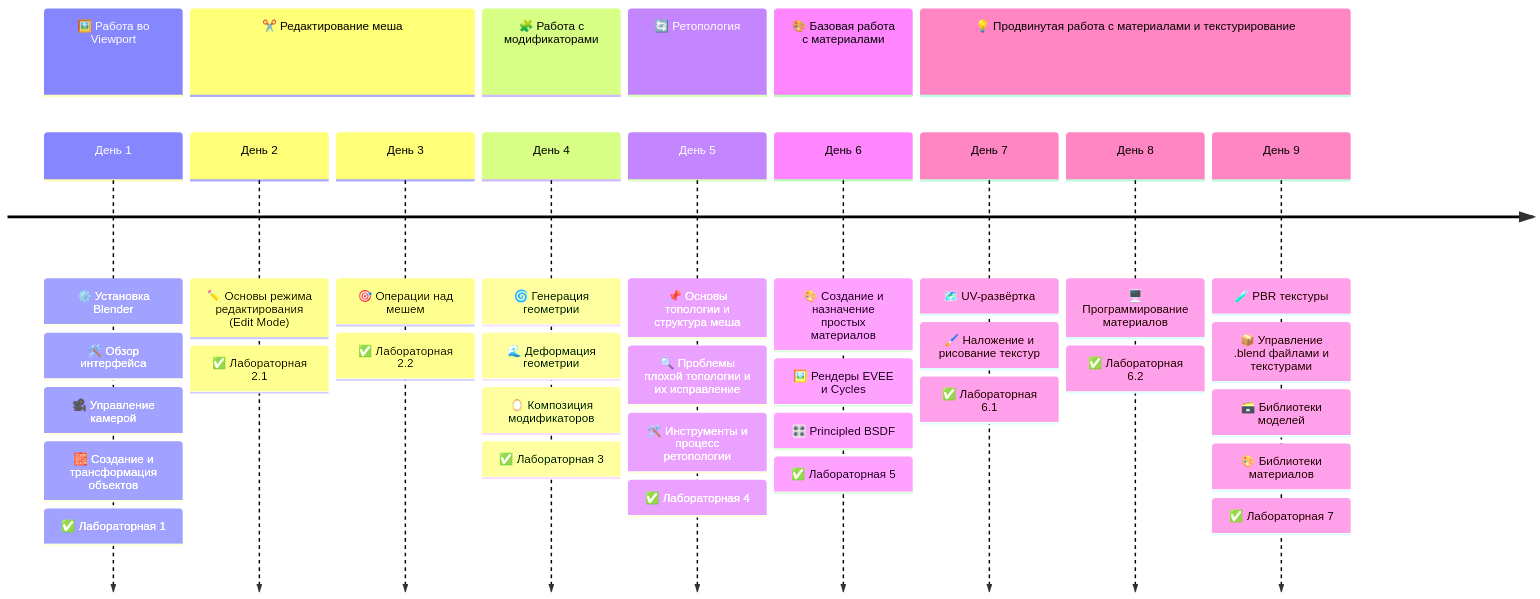
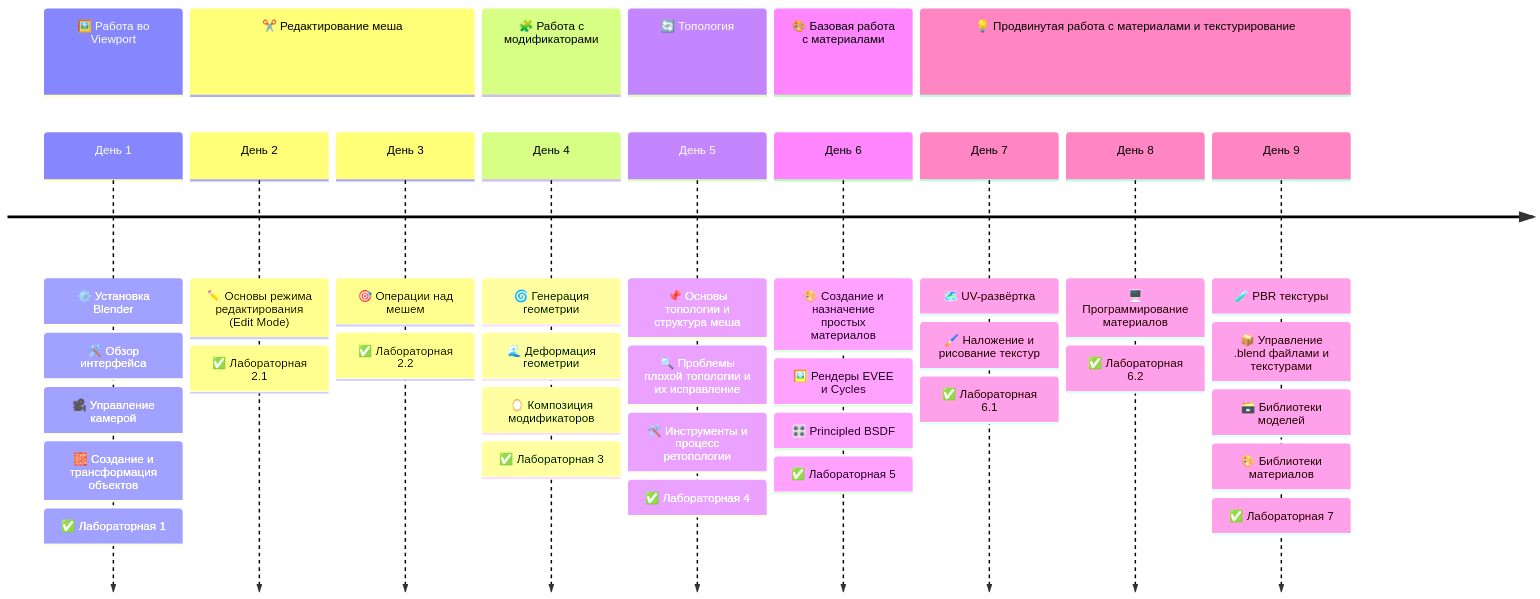
Before and after one commit to mvodya/3d-course-blender-2025: the first of 2 diagrams in README.md, drawn with Mermaid. The commit also changed other lines of this file and 4 other files, not shown here.

````diff
--- a/README.md
+++ b/README.md
@@ -75,45 +75,45 @@
 ```mermaid
 timeline
     section 🖼️ Работа во Viewport
         День 1 :
             ⚙️ Установка Blender : 🛠️ Обзор интерфейса : 🎥 Управление камерой : 🧱 Создание и трансформация объектов :
             ✅ Лабораторная 1
 
     section ✂️ Редактирование меша
         День 2 :
             ✏️ Основы режима редактирования (Edit Mode) :
             ✅ Лабораторная 2.1
         День 3 :
             🎯 Операции над мешем :
             ✅ Лабораторная 2.2
 
     section 🧩 Работа с модификаторами
         День 4 :
             🌀 Генерация геометрии :
             🌊 Деформация геометрии : 🪞 Композиция модификаторов :
             ✅ Лабораторная 3
 
-    section 🔄 Ретопология
+    section 🔄 Топология
         День 5 :
             📌 Основы топологии и структура меша :
             🔍 Проблемы плохой топологии и их исправление : 🛠️ Инструменты и процесс ретопологии :
             ✅ Лабораторная 4
 
     section 🎨 Базовая работа с материалами
         День 6 :
             🎨 Создание и назначение простых материалов :
             🖼️ Рендеры EVEE и Cycles :
             🎛️ Principled BSDF :
             ✅ Лабораторная 5
 
     section 💡 Продвинутая работа с материалами и текстурирование
         День 7 :
             🗺️ UV-развёртка : 🖌️ Наложение и рисование текстур :
             ✅ Лабораторная 6.1
         День 8 :
             🖥️ Программирование материалов :
             ✅ Лабораторная 6.2
         День 9 :
             🧪 PBR текстуры : 📦 Управление .blend файлами и текстурами : 🗃️ Библиотеки моделей : 🎨 Библиотеки материалов :
             ✅ Лабораторная 7
 ```
````
